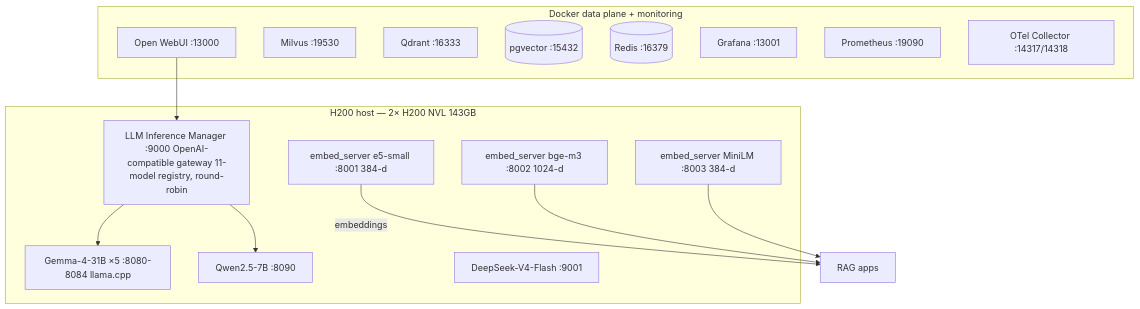
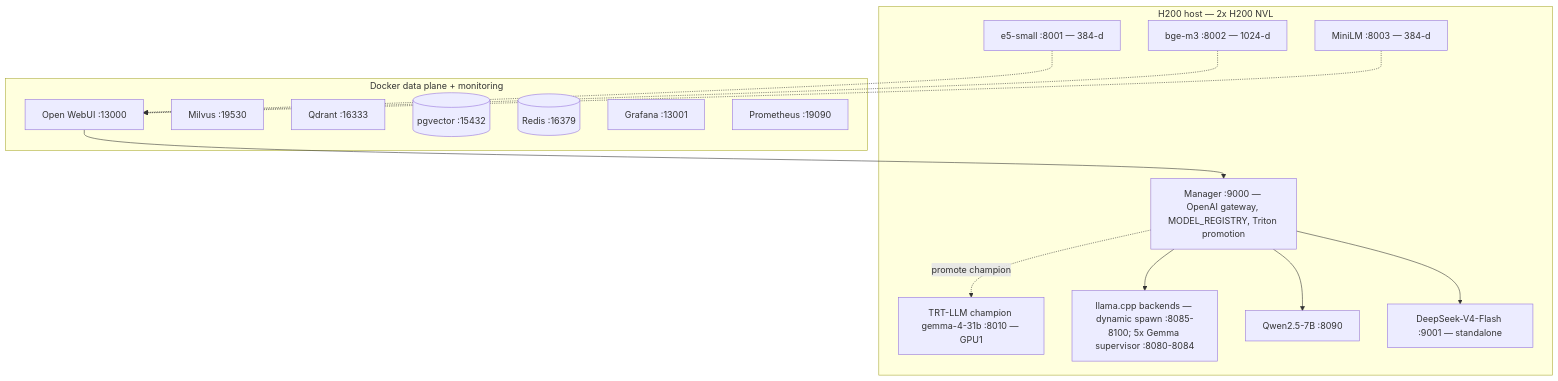
Before and after one commit to AliNikkhah2001/Work_RAG-Server-Setup: the first of 2 diagrams in README.md, drawn with Mermaid. The commit also changed other lines of this file, not shown here.

Commit message:
docs(server-setup): rewrite self-contained README, remove TRITON-HOURLY-STATUS

````diff
--- a/README.md
+++ b/README.md
@@ -136,30 +28,32 @@
 ```mermaid
 flowchart TB
-    subgraph GPU[H200 host — 2× H200 NVL 143GB]
-        E1[embed_server e5-small :8001 384-d]
-        E2[embed_server bge-m3 :8002 1024-d]
-        E3[embed_server MiniLM :8003 384-d]
-        G1[Gemma-4-31B ×5 :8080-8084 llama.cpp]
+    subgraph HOST["H200 host — 2x H200 NVL"]
+        MG[Manager :9000 — OpenAI gateway, MODEL_REGISTRY, Triton promotion]
+        TRT[TRT-LLM champion gemma-4-31b :8010 — GPU1]
+        LLAMA[llama.cpp backends — dynamic spawn :8085-8100; 5x Gemma supervisor :8080-8084]
         QW[Qwen2.5-7B :8090]
-        MG[LLM Inference Manager :9000 OpenAI-compatible gateway 11-model registry, round-robin]
-        DS[DeepSeek-V4-Flash :9001]
+        DS[DeepSeek-V4-Flash :9001 — standalone]
+        E1[e5-small :8001 — 384-d]
+        E2[bge-m3 :8002 — 1024-d]
+        E3[MiniLM :8003 — 384-d]
     end
 
-    subgraph CONTAINERS["Docker data plane + monitoring"]
+    subgraph CONT["Docker data plane + monitoring"]
         WUI[Open WebUI :13000]
         MIL[Milvus :19530]
         QDR[Qdrant :16333]
         PG[(pgvector :15432)]
         RD[(Redis :16379)]
         GRAF[Grafana :13001]
         PROM[Prometheus :19090]
-        OTEL[OTel Collector :14317/14318]
     end
 
-    MG --> G1
+    MG -.->|promote champion| TRT
+    MG --> LLAMA
     MG --> QW
+    MG --> DS
     WUI --> MG
-    E1 -->|"embeddings"| RAGAPP[RAG apps]
-    E2 --> RAGAPP
-    E3 --> RAGAPP
+    E1 -.-> WUI
+    E2 -.-> WUI
+    E3 -.-> WUI
 ```
````
